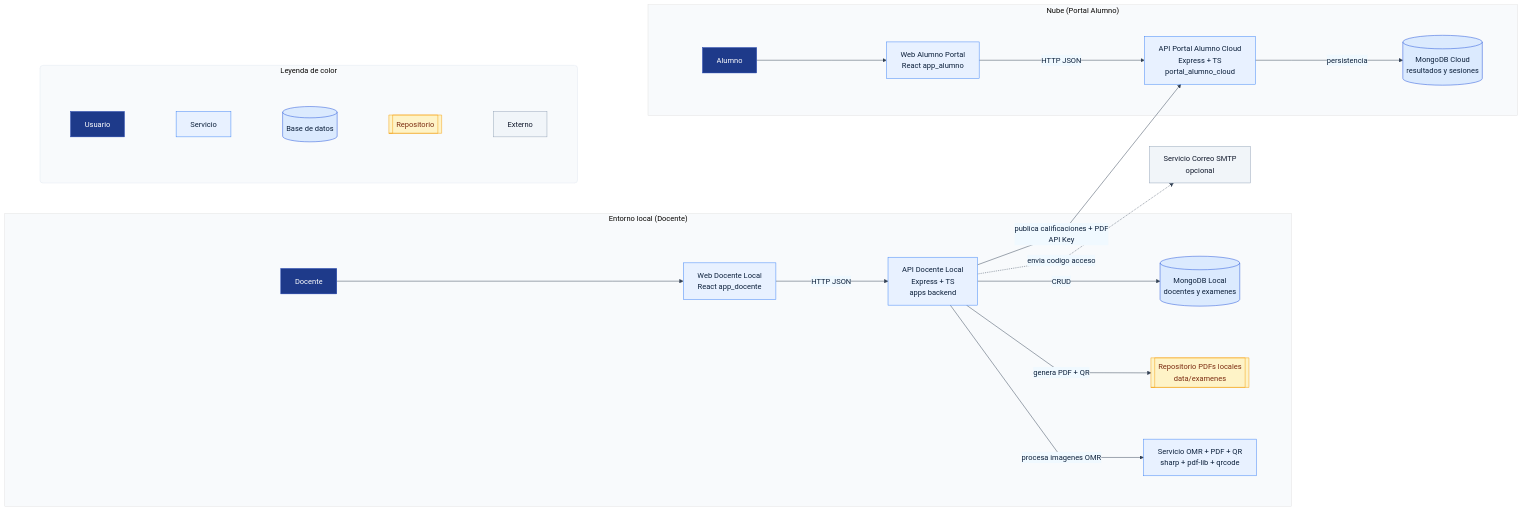
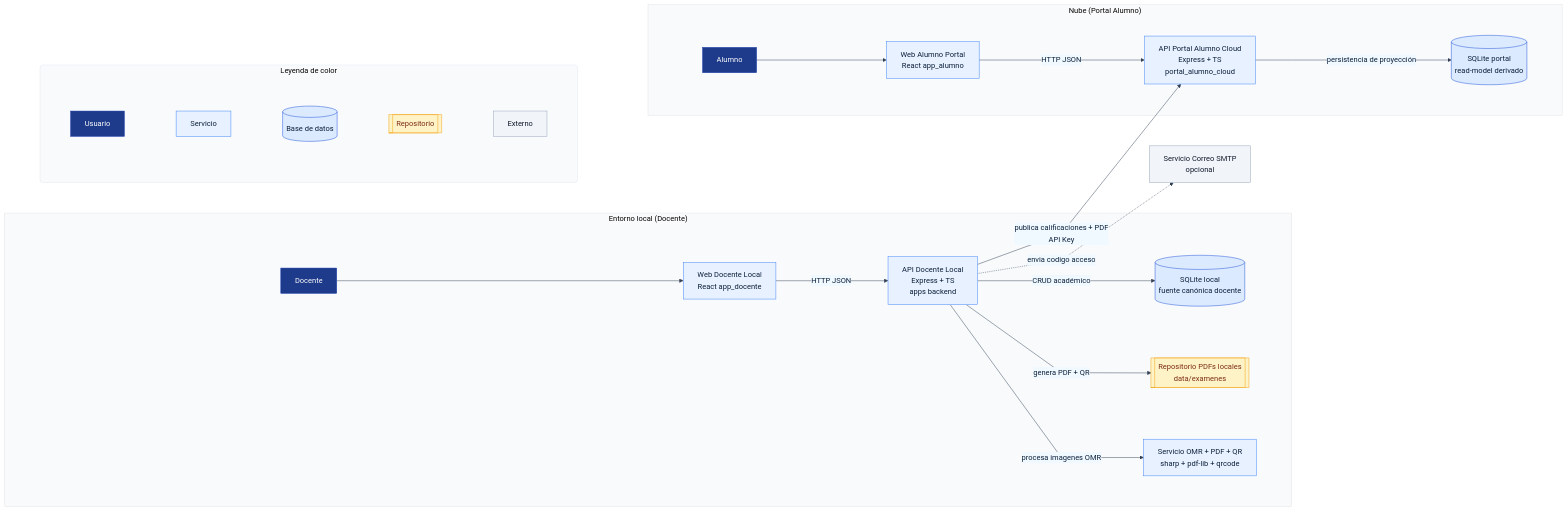
The diagram in docs/diagramas/src/arquitectura/arquitectura-logica.mmd (Dtcsrni/EvaluaPro_Sistema_Universitario), drawn with Mermaid before and after one commit. The commit also changed 13 other files, not shown here.

```diff
--- a/docs/diagramas/src/arquitectura/arquitectura-logica.mmd
+++ b/docs/diagramas/src/arquitectura/arquitectura-logica.mmd
@@ -1,60 +1,60 @@
 %%{init: {"theme":"base","fontFamily":"Segoe UI, Arial, sans-serif","fontSize":22,"themeVariables":{"fontFamily":"Segoe UI, Arial, sans-serif","fontSize":22,"primaryColor":"#e8f1ff","primaryBorderColor":"#3b82f6","primaryTextColor":"#0b1f3a","secondaryColor":"#f0f9ff","tertiaryColor":"#f8fafc","lineColor":"#334155","textColor":"#0f172a","noteBkgColor":"#fff7cc","noteTextColor":"#713f12","noteBorderColor":"#eab308","actorBkg":"#1e3a8a","actorBorder":"#1e40af","actorTextColor":"#ffffff","labelBoxBkgColor":"#e8f1ff","labelBoxBorderColor":"#3b82f6","labelTextColor":"#0b1f3a"},"flowchart":{"curve":"linear","nodeSpacing":110,"rankSpacing":150},"sequence":{"actorMargin":70,"messageMargin":45}}}%%
 %% AUTO:START system_model
 %% Generado por scripts/diagramas.mjs (no editar este bloque)
 %% Backend:
 %% - prefijo: /api
 %% - montajes publicos: /autenticacion, /comercial-publico, /evaluaciones-publicas, /integraciones/classroom, /salud
 %% - montajes protegidos: /admin, /admin-negocio, /alumnos, /analiticas, /asistencias, /banco-preguntas, /calificaciones, /comercial, /compliance, /entregas, /evaluaciones, /examenes, /hidratacion-cursos, /integraciones/classroom, /listas-institucionales, /omr, /papelera, /periodos, /recuperacion, /sincronizaciones, /temarios
 %% Portal alumno cloud:
 %% - prefijo: /api/portal
 %% - GET: /agenda, /avisos, /examen/:folio, /historial, /materias, /metrics, /perfil, /resultados, /resultados/:folio, /salud, /salud/live, /salud/ready, /version
 %% - POST: /eventos-uso, /ingresar, /limpiar, /sincronizacion-docente/pull, /sincronizacion-docente/push, /sincronizacion-docente/solicitudes-revision/pull, /sincronizacion-docente/solicitudes-revision/update, /sincronizar, /solicitudes-revision, /solicitudes-revision/conformidad
 %% AUTO:END system_model
 flowchart LR
     classDef user fill:#1e3a8a,stroke:#1e40af,color:#ffffff;
     classDef svc fill:#e8f1ff,stroke:#3b82f6,color:#0b1f3a;
     classDef db fill:#dbeafe,stroke:#1d4ed8,color:#0b1f3a;
     classDef repo fill:#fef3c7,stroke:#f59e0b,color:#7c2d12;
     classDef ext fill:#f1f5f9,stroke:#94a3b8,color:#0f172a;
 
   subgraph Local["Entorno local (Docente)"]
     userDoc[Docente]:::user
     webDoc[Web Docente Local<br/>React app_docente]:::svc
     apiDoc[API Docente Local<br/>Express + TS<br/>apps backend]:::svc
-    mongo[(MongoDB Local<br/>docentes y examenes)]:::db
+    sqliteLocal[(SQLite local<br/>fuente canónica docente)]:::db
     pdfStore[[Repositorio PDFs locales<br/>data/examenes]]:::repo
     omr[Servicio OMR + PDF + QR<br/>sharp + pdf-lib + qrcode]:::svc
   end
 
   subgraph Cloud["Nube (Portal Alumno)"]
     userAlu[Alumno]:::user
     webAlu[Web Alumno Portal<br/>React app_alumno]:::svc
     apiPortal[API Portal Alumno Cloud<br/>Express + TS<br/>portal_alumno_cloud]:::svc
-    mongoCloud[(MongoDB Cloud<br/>resultados y sesiones)]:::db
+    sqlitePortal[(SQLite portal<br/>read-model derivado)]:::db
   end
 
   userDoc --> webDoc
   webDoc -->|HTTP JSON| apiDoc
-  apiDoc -->|CRUD| mongo
+  apiDoc -->|CRUD académico| sqliteLocal
   apiDoc -->|genera PDF + QR| pdfStore
   apiDoc -->|procesa imagenes OMR| omr
 
   apiDoc -->|publica calificaciones + PDF<br/>API Key| apiPortal
-  apiPortal -->|persistencia| mongoCloud
+  apiPortal -->|persistencia de proyección| sqlitePortal
 
   userAlu --> webAlu
   webAlu -->|HTTP JSON| apiPortal
 
   extMail[Servicio Correo SMTP<br/>opcional]:::ext
   apiDoc -.->|envia codigo acceso| extMail
 
 %% LEYENDA_COLOR
   subgraph Leyenda["Leyenda de color"]
     direction TB
     lgUser[Usuario]:::user
     lgSvc[Servicio]:::svc
     lgDb[(Base de datos)]:::db
     lgRepo[[Repositorio]]:::repo
     lgExt[Externo]:::ext
   end
   style Leyenda fill:#f8fafc,stroke:#e2e8f0,stroke-width:1px,rx:6,ry:6
```
